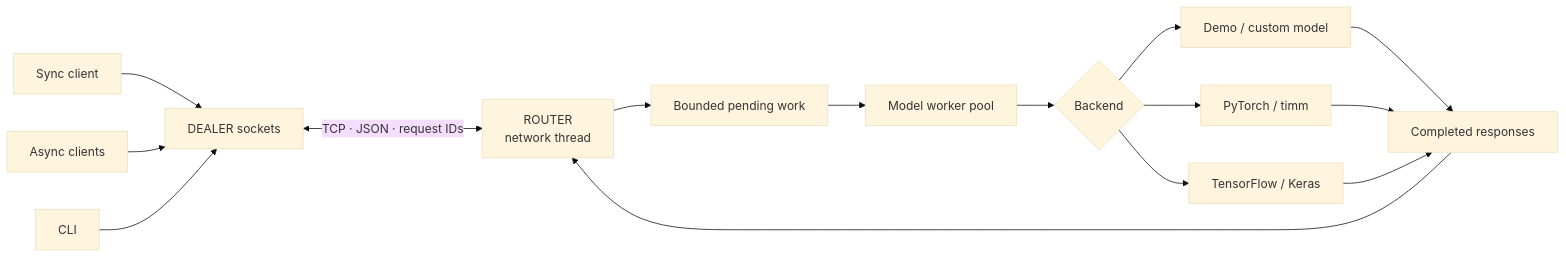
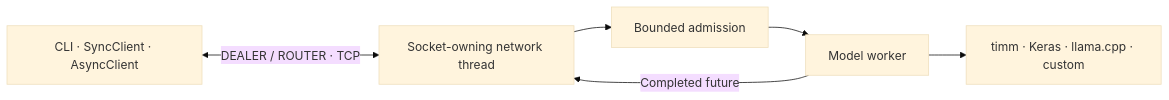
Before and after one commit to jamal-saeedi/zmq-vision: the diagram in README.md, drawn with Mermaid (base theme). The commit also changed other lines of this file and 30 other files, not shown here.

````diff
--- a/README.md
+++ b/README.md
@@ -136,17 +100,8 @@
 ```mermaid
 flowchart LR
-    A[Sync client] --> D[DEALER sockets]
-    B[Async clients] --> D
-    C[CLI] --> D
-    D <-->|TCP · JSON · request IDs| R[ROUTER\nnetwork thread]
-    R --> Q[Bounded pending work]
-    Q --> W[Model worker pool]
-    W --> M{Backend}
-    M --> P[PyTorch / timm]
-    M --> T[TensorFlow / Keras]
-    M --> X[Demo / custom model]
-    X --> F[Completed responses]
-    P --> F
-    T --> F
-    F --> R
+    C["CLI · SyncClient · AsyncClient"] <-->|"DEALER / ROUTER · TCP"| R["Socket-owning network thread"]
+    R --> Q["Bounded admission"]
+    Q --> W["Model worker"]
+    W --> M["timm · Keras · llama.cpp · custom"]
+    W -->|"Completed future"| R
 ```
````
